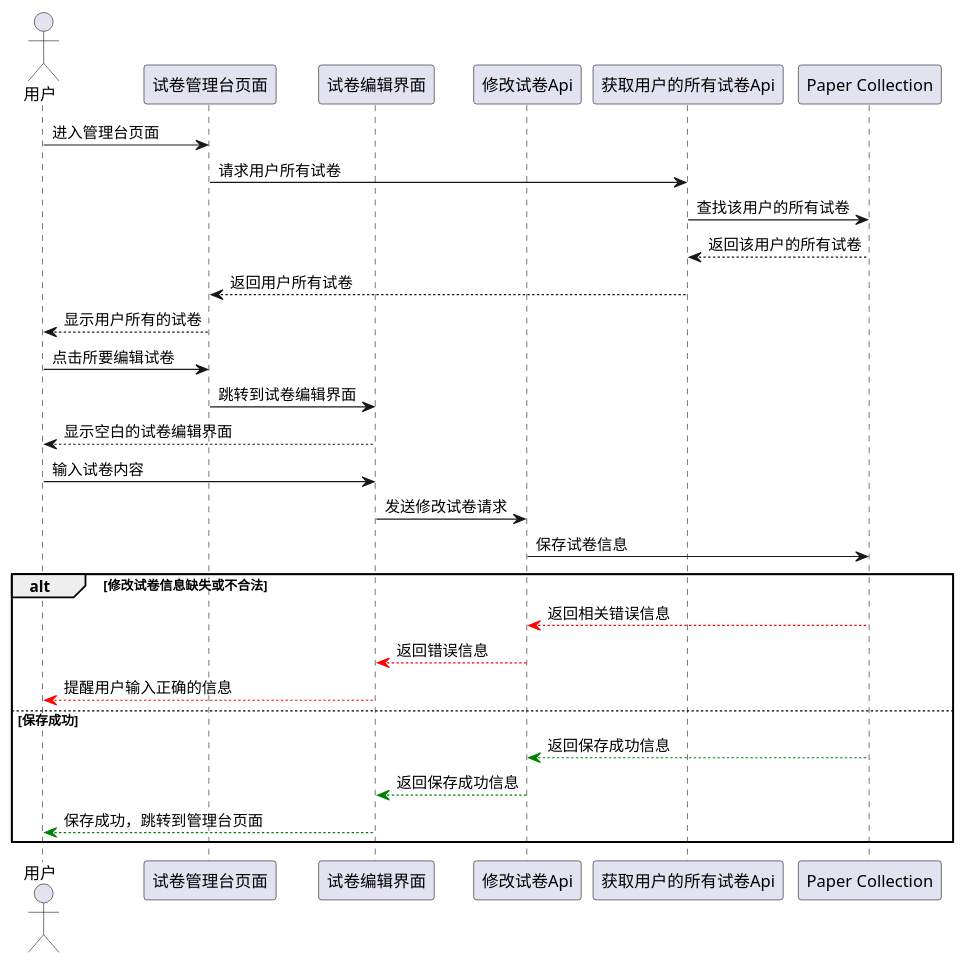
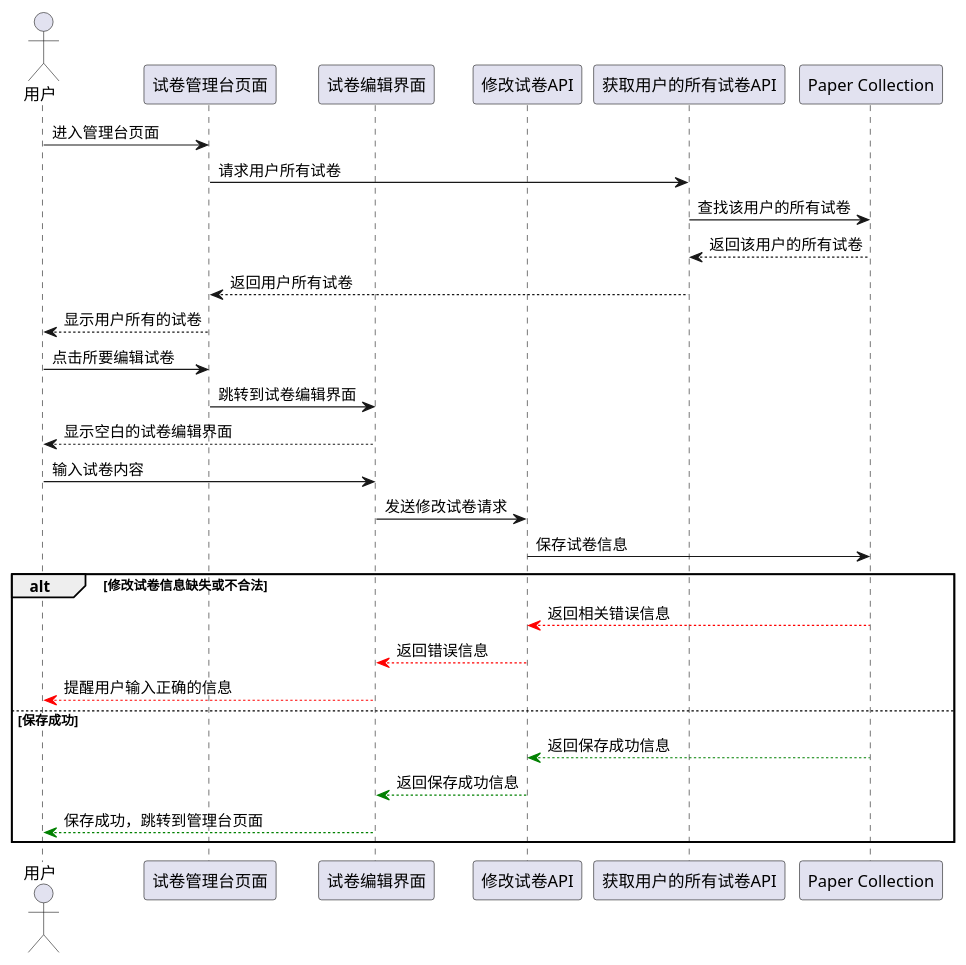
Before and after one commit to ringoyungpo/cetutor-doc: the ninth of 15 diagrams in cetutor.md, drawn with PlantUML. The commit also changed other lines of this file, not shown here.

````diff
--- a/cetutor.md
+++ b/cetutor.md
@@ -620,33 +621,33 @@
 ```puml
 actor 用户 as A
 participant "试卷管理台页面" as B
 participant "试卷编辑界面" as C
-participant "修改试卷Api" as D
-participant "获取用户的所有试卷Api" as E
+participant "修改试卷API" as D
+participant "获取用户的所有试卷API" as E
 participant "Paper Collection" as F
 
 
 A -> B: 进入管理台页面
 B -> E: 请求用户所有试卷
 E -> F: 查找该用户的所有试卷
 E <-- F: 返回该用户的所有试卷
 B <-- E: 返回用户所有试卷
 A <-- B: 显示用户所有的试卷
 
 A -> B: 点击所要编辑试卷
 B -> C: 跳转到试卷编辑界面
 A <-- C: 显示空白的试卷编辑界面
 A -> C: 输入试卷内容
 C -> D: 发送修改试卷请求
 D -> F: 保存试卷信息
 
 alt 修改试卷信息缺失或不合法
 	D <[#red]-- F : 返回相关错误信息
 	C <[#red]-- D : 返回错误信息
 	A <[#red]-- C: 提醒用户输入正确的信息
 else 保存成功
 	D <[#green]-- F: 返回保存成功信息
 	C <[#green]-- D: 返回保存成功信息
 	A <[#green]-- C: 保存成功，跳转到管理台页面
 end
 ```
````
